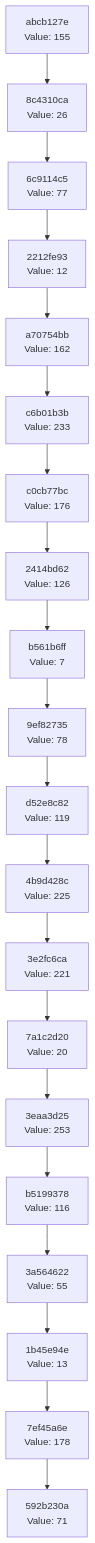
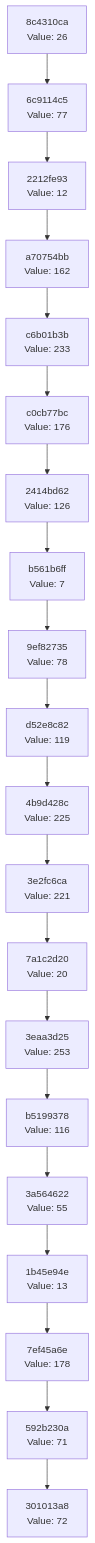
One commit to Abhisheksinha1506/hash-chain-evolver changed the diagram in docs/CHAIN_VISUALIZATION.md. Above: the diagram before and after it, drawn with Mermaid. The commit also changed 3 other files, not shown here.

````diff
--- a/docs/CHAIN_VISUALIZATION.md
+++ b/docs/CHAIN_VISUALIZATION.md
@@ -3,42 +3,42 @@
 ```mermaid
 graph TD
-    C0["592b230a<br/>Value: 71"]
-    C1["7ef45a6e<br/>Value: 178"]
+    C0["301013a8<br/>Value: 72"]
+    C1["592b230a<br/>Value: 71"]
     C1 --> C0
-    C2["1b45e94e<br/>Value: 13"]
+    C2["7ef45a6e<br/>Value: 178"]
     C2 --> C1
-    C3["3a564622<br/>Value: 55"]
+    C3["1b45e94e<br/>Value: 13"]
     C3 --> C2
-    C4["b5199378<br/>Value: 116"]
+    C4["3a564622<br/>Value: 55"]
     C4 --> C3
-    C5["3eaa3d25<br/>Value: 253"]
+    C5["b5199378<br/>Value: 116"]
     C5 --> C4
-    C6["7a1c2d20<br/>Value: 20"]
+    C6["3eaa3d25<br/>Value: 253"]
     C6 --> C5
-    C7["3e2fc6ca<br/>Value: 221"]
+    C7["7a1c2d20<br/>Value: 20"]
     C7 --> C6
-    C8["4b9d428c<br/>Value: 225"]
+    C8["3e2fc6ca<br/>Value: 221"]
     C8 --> C7
-    C9["d52e8c82<br/>Value: 119"]
+    C9["4b9d428c<br/>Value: 225"]
     C9 --> C8
-    C10["9ef82735<br/>Value: 78"]
+    C10["d52e8c82<br/>Value: 119"]
     C10 --> C9
-    C11["b561b6ff<br/>Value: 7"]
+    C11["9ef82735<br/>Value: 78"]
     C11 --> C10
-    C12["2414bd62<br/>Value: 126"]
+    C12["b561b6ff<br/>Value: 7"]
     C12 --> C11
-    C13["c0cb77bc<br/>Value: 176"]
+    C13["2414bd62<br/>Value: 126"]
     C13 --> C12
-    C14["c6b01b3b<br/>Value: 233"]
+    C14["c0cb77bc<br/>Value: 176"]
     C14 --> C13
-    C15["a70754bb<br/>Value: 162"]
+    C15["c6b01b3b<br/>Value: 233"]
     C15 --> C14
-    C16["2212fe93<br/>Value: 12"]
+    C16["a70754bb<br/>Value: 162"]
     C16 --> C15
-    C17["6c9114c5<br/>Value: 77"]
+    C17["2212fe93<br/>Value: 12"]
     C17 --> C16
-    C18["8c4310ca<br/>Value: 26"]
+    C18["6c9114c5<br/>Value: 77"]
     C18 --> C17
-    C19["abcb127e<br/>Value: 155"]
+    C19["8c4310ca<br/>Value: 26"]
     C19 --> C18
 ```
````
